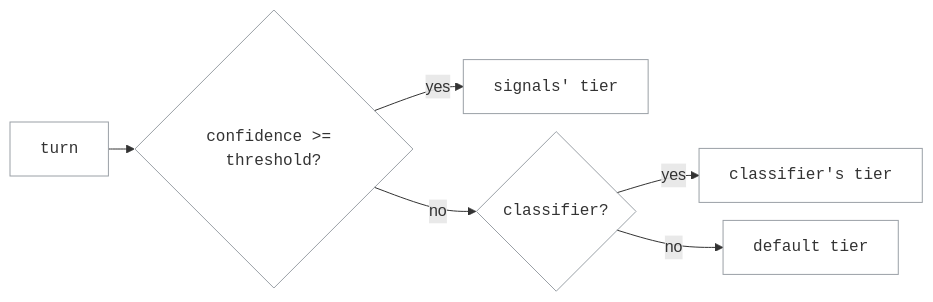
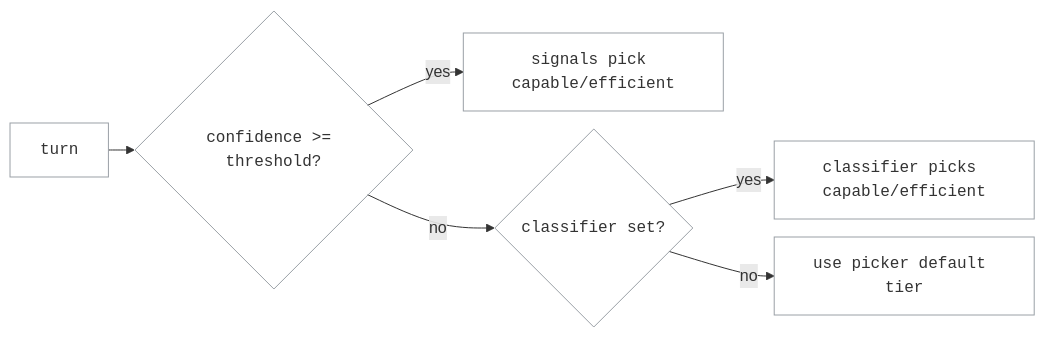
Before and after one commit to NVIDIA-NeMo/Switchyard: the diagram in docs/routing_algorithms/stage_router_routing.md, drawn with Mermaid.

Commit message:
docs(stage-router): make flow-diagram node labels self-explanatory

````diff
--- a/docs/routing_algorithms/stage_router_routing.md
+++ b/docs/routing_algorithms/stage_router_routing.md
@@ -39,12 +39,12 @@
 ```mermaid
 %%{init: {"flowchart": {"nodeSpacing": 18, "rankSpacing": 26}}}%%
 flowchart LR
     t["turn"] --> g{"confidence >= threshold?"}
-    g -->|yes| s["signals' tier"]
-    g -->|no| c{"classifier?"}
-    c -->|yes| k["classifier's tier"]
-    c -->|no| d["default tier"]
+    g -->|yes| s["signals pick capable/efficient"]
+    g -->|no| c{"classifier set?"}
+    c -->|yes| k["classifier picks capable/efficient"]
+    c -->|no| d["use picker default tier"]
 
     classDef box font-family:monospace,fill:none,stroke:#9aa0a6,stroke-width:1px;
     class t,s,k,d,g,c box;
 ```
````
